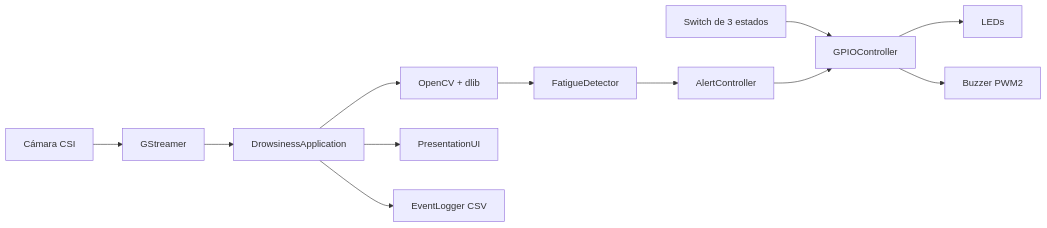
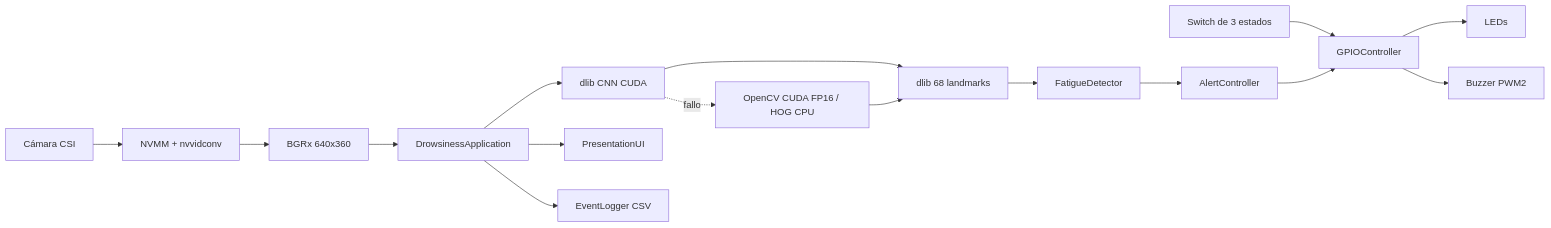
Before and after one commit to JFRo57/tt2_drowsiness_jetson: the diagram in README.md, drawn with Mermaid. The commit also changed other lines of this file and 12 other files, not shown here.

````diff
--- a/README.md
+++ b/README.md
@@ -68,14 +72,18 @@
 ```mermaid
 flowchart LR
-    CAM[Cámara CSI] --> GST[GStreamer]
-    GST --> APP[DrowsinessApplication]
-    APP --> FACE[OpenCV + dlib]
+    CAM[Cámara CSI] --> GST[NVMM + nvvidconv]
+    GST --> BGRX[BGRx 640x360]
+    BGRX --> APP[DrowsinessApplication]
+    APP --> GPU[dlib CNN CUDA]
+    GPU --> FACE[dlib 68 landmarks]
+    GPU -. fallo .-> FALLBACK[OpenCV CUDA FP16 / HOG CPU]
+    FALLBACK --> FACE
     FACE --> FATIGUE[FatigueDetector]
     FATIGUE --> ALERT[AlertController]
     SWITCH[Switch de 3 estados] --> GPIO[GPIOController]
     ALERT --> GPIO
     GPIO --> LED[LEDs]
     GPIO --> BUZZER[Buzzer PWM2]
     APP --> UI[PresentationUI]
     APP --> LOG[EventLogger CSV]
 ```
````
